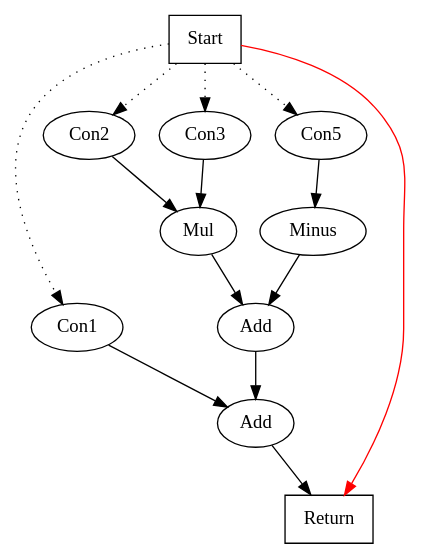
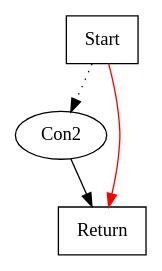
The diagram in chapter02/docs/02-post-peephole-ex1.gv (SeaOfNodes/Simple), drawn with Graphviz before and after one commit. The commit also changed 5 other files, not shown here.

Commit message:
Cleanup the GraphVisualizer a bit. Update the graphs. Update the chapter list as chapter 3 deleted, and chapter 4 is now chapter 3.

```diff
--- a/chapter02/docs/02-post-peephole-ex1.gv
+++ b/chapter02/docs/02-post-peephole-ex1.gv
@@ -1,27 +1,10 @@
 digraph chapter02
 {
 	Start1 [shape=box,  label="Start"];
-	Con12 [ label="Con1"];
-	Start1 -> Con12 [style=dotted];
-	Con23 [ label="Con2"];
-	Start1 -> Con23 [style=dotted];
-	Con34 [ label="Con3"];
-	Start1 -> Con34 [style=dotted];
-	Mul5 [ label="Mul"];
-	Con23 -> Mul5;
-	Con34 -> Mul5;
-	Con56 [ label="Con5"];
-	Start1 -> Con56 [style=dotted];
-	Minus7 [ label="Minus"];
-	Con56 -> Minus7;
-	Add8 [ label="Add"];
-	Mul5 -> Add8;
-	Minus7 -> Add8;
-	Add9 [ label="Add"];
-	Con12 -> Add9;
-	Add8 -> Add9;
-	Return10 [shape=box,  label="Return"];
-	Add9 -> Return10;
+	Con213 [ label="Con2"];
+	Start1 -> Con213 [style=dotted];
+	Return14 [shape=box,  label="Return"];
+	Con213 -> Return14;
 	edge [color=red];
-	Start1 -> Return10;
+	Start1 -> Return14;
 }
```
